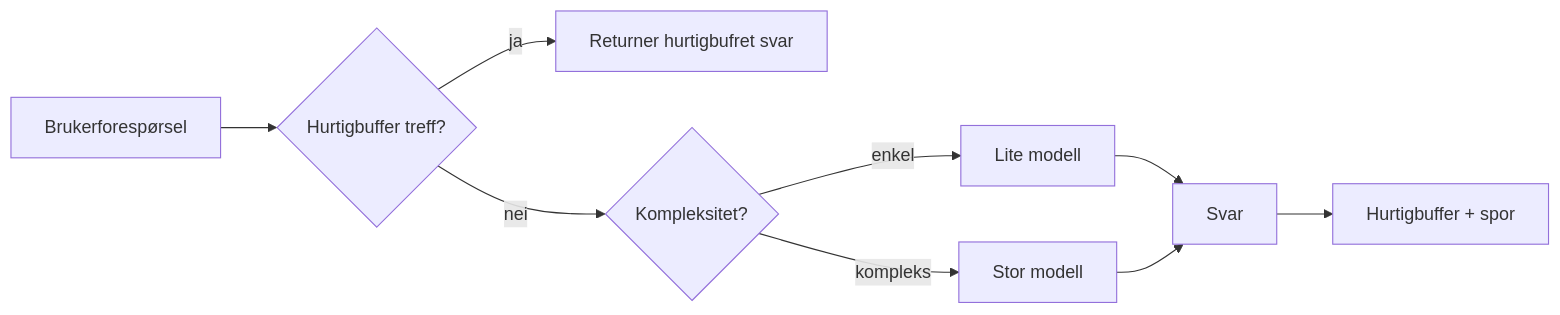
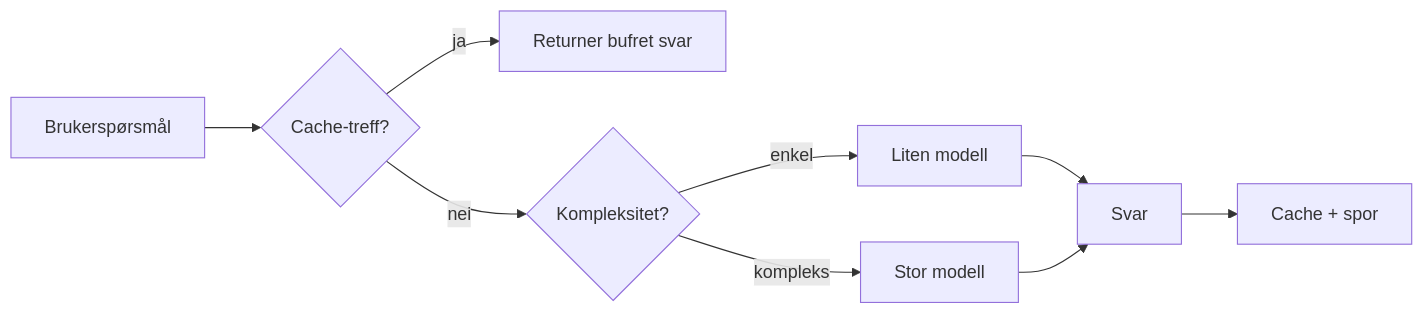
The third of 4 diagrams in mirrors/repos/microsoft@ai-agents-for-beginners/translations/no/16-deploying-scalable-agents/README.md (gabrielmoreira/agent-skills-mirror), drawn with Mermaid before and after one commit. The commit also changed other lines of this file and 4262 other files, not shown here.

````diff
--- a/mirrors/repos/microsoft@ai-agents-for-beginners/translations/no/16-deploying-scalable-agents/README.md
+++ b/mirrors/repos/microsoft@ai-agents-for-beginners/translations/no/16-deploying-scalable-agents/README.md
@@ -134,11 +134,11 @@
 ```mermaid
 flowchart LR
-    Q[Brukerforespørsel] --> C{Hurtigbuffer treff?}
-    C -->|ja| R[Returner hurtigbufret svar]
+    Q[Brukerspørsmål] --> C{Cache-treff?}
+    C -->|ja| R[Returner bufret svar]
     C -->|nei| Router{Kompleksitet?}
-    Router -->|enkel| SLM[Lite modell]
+    Router -->|enkel| SLM[Liten modell]
     Router -->|kompleks| LLM[Stor modell]
     SLM --> Out[Svar]
     LLM --> Out
-    Out --> Store[Hurtigbuffer + spor]
+    Out --> Store[Cache + spor]
 ```
````
